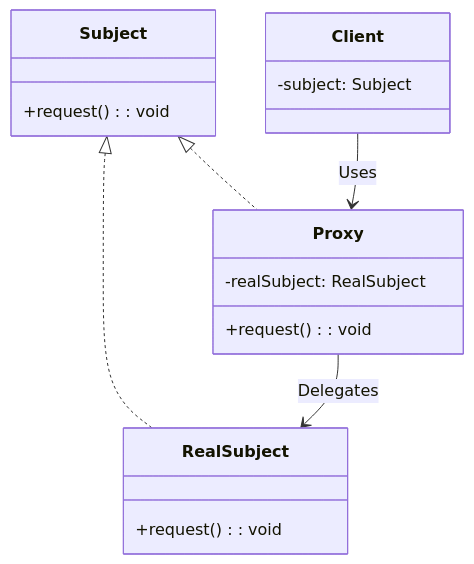
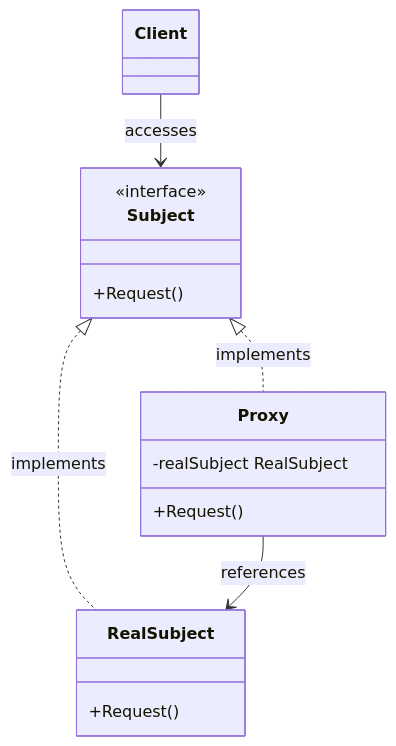
The fourth of 4 diagrams in docs/Book/3.7 Proxy.md (nguyenphuc22/Design-Patterns), drawn with Mermaid before and after one commit. The commit also changed other lines of this file, not shown here.

Commit message:
Update 3.7 Proxy.md

````diff
--- a/docs/Book/3.7 Proxy.md
+++ b/docs/Book/3.7 Proxy.md
@@ -136,26 +136,24 @@
 ```mermaid
 classDiagram
+    class Subject {
+        <<interface>>
+        +Request()
+    }
 
-    class Subject {
-        +request(): void
+    class RealSubject {
+        +Request()
     }
 
     class Proxy {
-        -realSubject: RealSubject
-        +request(): void
-    }
-
-    class RealSubject {
-        +request(): void
+        -realSubject RealSubject
+        +Request()
     }
 
     class Client {
-        -subject: Subject
     }
 
-    Subject <|.. Proxy
-    Subject <|.. RealSubject
-    Client --> Proxy : Uses 
-    Proxy --> RealSubject : Delegates 
-
+    Subject <|.. RealSubject : implements
+    Subject <|.. Proxy : implements
+    Proxy --> RealSubject : references
+    Client --> Subject : accesses
 ```
````
